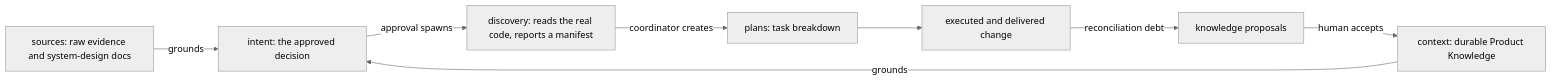
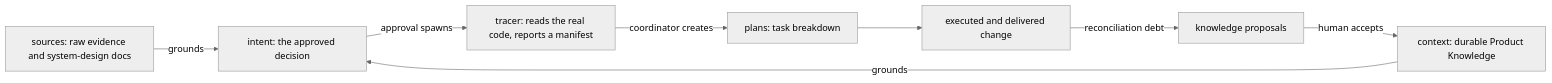
One commit to kaotypr/context-circuit-source changed the seventh of 7 diagrams in sources/context-circuit-v1.0/diagrams.md. Above: the diagram before and after it, drawn with Mermaid (neutral theme). The commit also changed other lines of this file and 24 other files, not shown here.

First line of the commit message:
docs(sources): reframe v1.0 study around feasibility, rename discovery to tracer

````diff
--- a/sources/context-circuit-v1.0/diagrams.md
+++ b/sources/context-circuit-v1.0/diagrams.md
@@ -174,10 +172,10 @@
 ```mermaid
 flowchart LR
     SRC[sources: raw evidence and system-design docs] -->|grounds| INT[intent: the approved decision]
     PK[context: durable Product Knowledge] -->|grounds| INT
-    INT -->|approval spawns| DISC[discovery: reads the real code, reports a manifest]
+    INT -->|approval spawns| DISC[tracer: reads the real code, reports a manifest]
     DISC -->|coordinator creates| PLAN[plans: task breakdown]
     PLAN --> CHANGE[executed and delivered change]
     CHANGE -->|reconciliation debt| RECON[knowledge proposals]
     RECON -->|human accepts| PK
 ```
````
